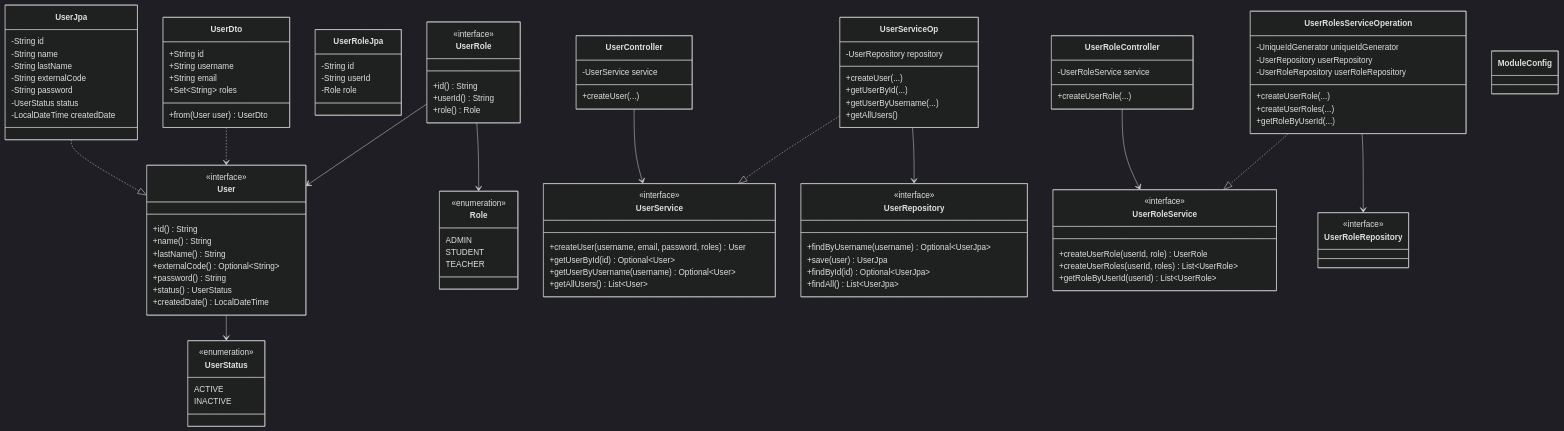
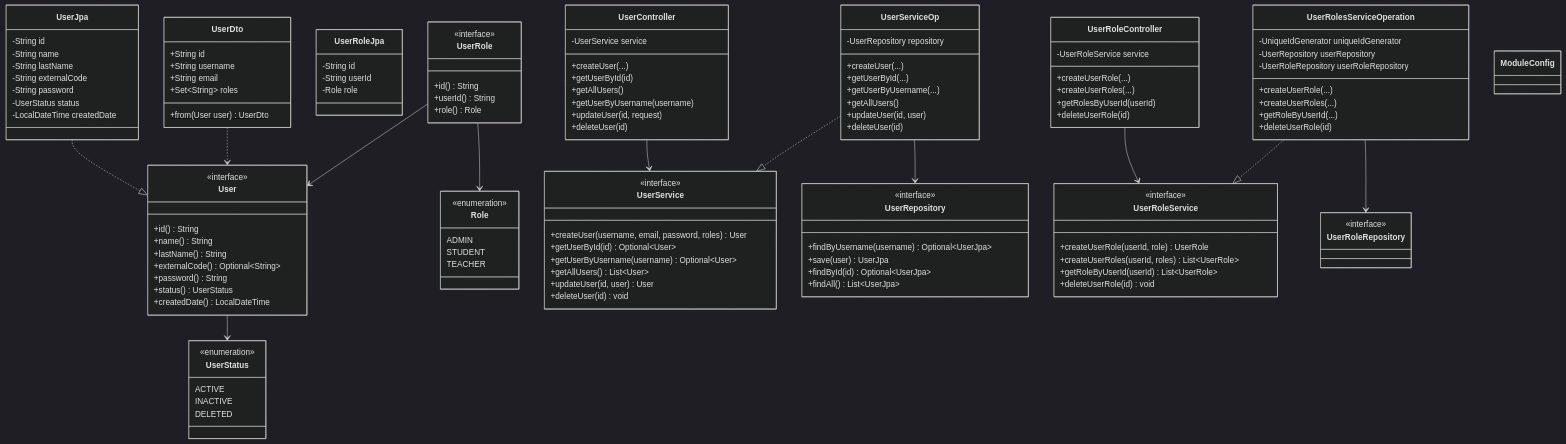
The third of 6 diagrams in architecture/ARCHITECTURE.md (Univalle-Gadim-Lab/virtual-lab-platform), drawn with Mermaid (dark theme) before and after one commit. The commit also changed other lines of this file and 19 other files, not shown here.

First line of the commit message:
feat(users): complete user CRUD module with update and delete

```diff
--- a/architecture/ARCHITECTURE.md
+++ b/architecture/ARCHITECTURE.md
@@ -194,6 +196,7 @@
         <<enumeration>>
         ACTIVE
         INACTIVE
+        DELETED
     }
 
     class UserService {
@@ -202,6 +205,8 @@
         +getUserById(id) Optional~User~
         +getUserByUsername(username) Optional~User~
         +getAllUsers() List~User~
+        +updateUser(id, user) User
+        +deleteUser(id) void
     }
 
     class UserRoleService {
@@ -209,6 +214,7 @@
         +createUserRole(userId, role) UserRole
         +createUserRoles(userId, roles) List~UserRole~
         +getRoleByUserId(userId) List~UserRole~
+        +deleteUserRole(id) void
     }
 
     class UserJpa {
@@ -245,6 +251,8 @@
         +getUserById(...)
         +getUserByUsername(...)
         +getAllUsers()
+        +updateUser(id, user)
+        +deleteUser(id)
     }
 
     class UserRolesServiceOperation {
@@ -254,16 +262,25 @@
         +createUserRole(...)
         +createUserRoles(...)
         +getRoleByUserId(...)
+        +deleteUserRole(id)
     }
 
     class UserController {
         -UserService service
         +createUser(...)
+        +getUserById(id)
+        +getAllUsers()
+        +getUserByUsername(username)
+        +updateUser(id, request)
+        +deleteUser(id)
     }
 
     class UserRoleController {
         -UserRoleService service
         +createUserRole(...)
+        +createUserRoles(...)
+        +getRolesByUserId(userId)
+        +deleteUserRole(id)
     }
 
     class UserDto {
```
